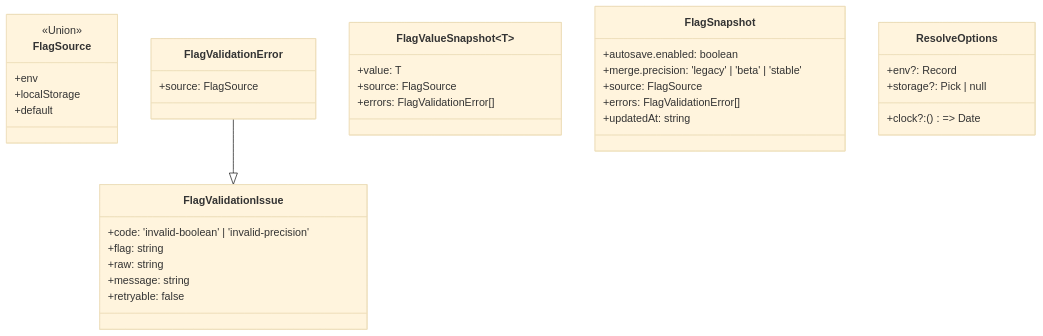
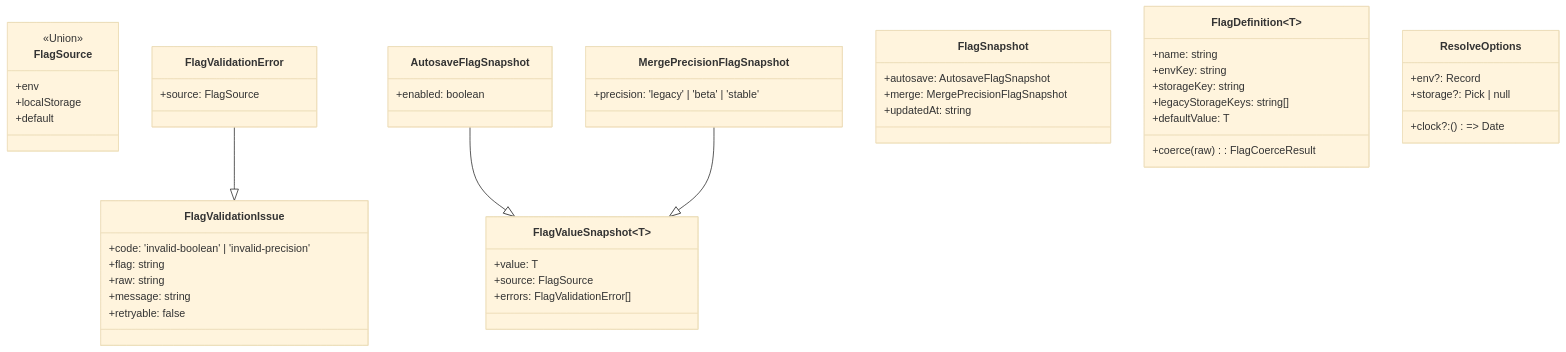
Before and after one commit to RNA4219/Conimgponic: the first of 2 diagrams in docs/design/config/flags-resolution.md, drawn with Mermaid (base theme). The commit also changed other lines of this file, not shown here.

````diff
--- a/docs/design/config/flags-resolution.md
+++ b/docs/design/config/flags-resolution.md
@@ -82,37 +82,51 @@
 ```mermaid
 classDiagram
     class FlagSource {
         <<Union>>
         +env
         +localStorage
         +default
     }
     class FlagValidationIssue {
         +code: 'invalid-boolean' | 'invalid-precision'
         +flag: string
         +raw: string
         +message: string
         +retryable: false
     }
     class FlagValidationError {
         +source: FlagSource
     }
     FlagValidationError --|> FlagValidationIssue
     class FlagValueSnapshot~T~ {
         +value: T
         +source: FlagSource
         +errors: FlagValidationError[]
     }
+    class AutosaveFlagSnapshot {
+        +enabled: boolean
+    }
+    AutosaveFlagSnapshot --|> FlagValueSnapshot
+    class MergePrecisionFlagSnapshot {
+        +precision: 'legacy' | 'beta' | 'stable'
+    }
+    MergePrecisionFlagSnapshot --|> FlagValueSnapshot
     class FlagSnapshot {
-        +autosave.enabled: boolean
-        +merge.precision: 'legacy' | 'beta' | 'stable'
-        +source: FlagSource
-        +errors: FlagValidationError[]
+        +autosave: AutosaveFlagSnapshot
+        +merge: MergePrecisionFlagSnapshot
         +updatedAt: string
+    }
+    class FlagDefinition~T~ {
+        +name: string
+        +envKey: string
+        +storageKey: string
+        +legacyStorageKeys: string[]
+        +defaultValue: T
+        +coerce(raw): FlagCoerceResult
     }
     class ResolveOptions {
         +env?: Record<string, unknown>
         +storage?: Pick<Storage, 'getItem'> | null
         +clock?: () => Date
     }
 ```
````
